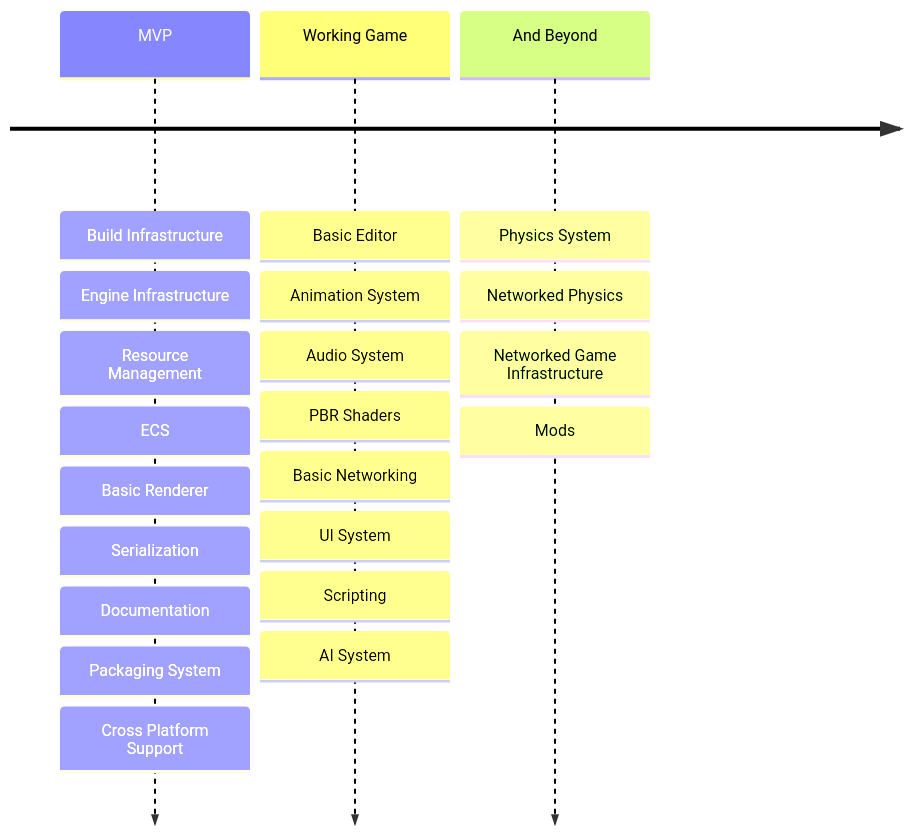
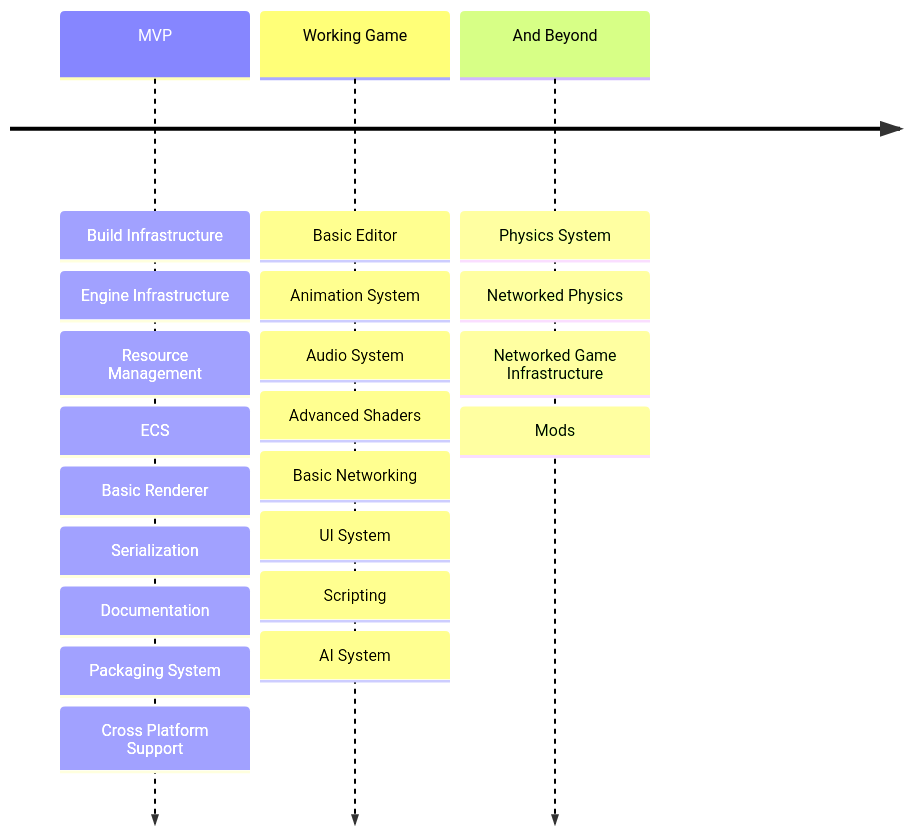
One commit to JonatanNevo/portal-framework changed the diagram in docs/source/development-status.md. Above: the diagram before and after it, drawn with Mermaid. The commit also changed other lines of this file and 60 other files, not shown here.

````diff
--- a/docs/source/development-status.md
+++ b/docs/source/development-status.md
@@ -7,30 +7,30 @@
 ```{mermaid}
 ---
 zoom: true
 align: center
 ---
 timeline
     MVP : Build Infrastructure
         : Engine Infrastructure
         : Resource Management
         : ECS
         : Basic Renderer
         : Serialization
         : Documentation
         : Packaging System
         : Cross Platform Support
     
     Working Game : Basic Editor
                  : Animation System
                  : Audio System
-                 : PBR Shaders
+                 : Advanced Shaders
                  : Basic Networking
                  : UI System
                  : Scripting
                  : AI System
 
     And Beyond   : Physics System
                  : Networked Physics
                  : Networked Game Infrastructure
                  : Mods
 ```
````
